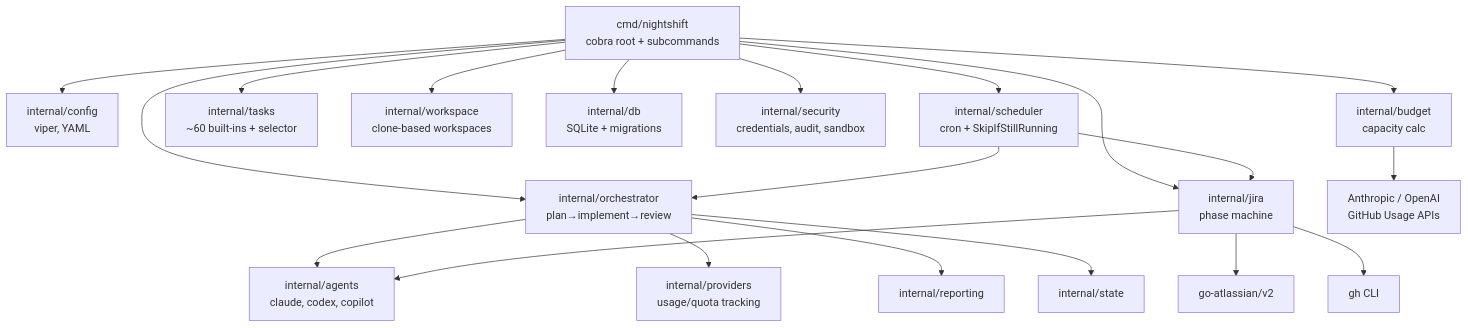
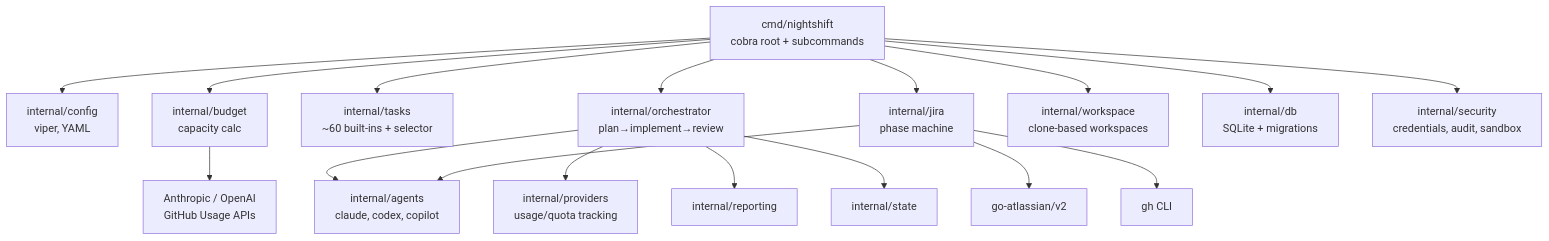
Before and after one commit to cedricfarinazzo/nightshift: the first of 5 diagrams in docs/dev/architecture.md, drawn with Mermaid. The commit also changed other lines of this file and 35 other files, not shown here.

````diff
--- a/docs/dev/architecture.md
+++ b/docs/dev/architecture.md
@@ -5,27 +5,24 @@
 ```mermaid
 graph TD
     CLI["cmd/nightshift<br/>cobra root + subcommands"]
 
     CLI --> Config["internal/config<br/>viper, YAML"]
     CLI --> Budget["internal/budget<br/>capacity calc"]
     CLI --> Tasks["internal/tasks<br/>~60 built-ins + selector"]
     CLI --> Orch["internal/orchestrator<br/>plan→implement→review"]
     CLI --> JiraOrch["internal/jira<br/>phase machine"]
     CLI --> WS["internal/workspace<br/>clone-based workspaces"]
     CLI --> DB["internal/db<br/>SQLite + migrations"]
     CLI --> Security["internal/security<br/>credentials, audit, sandbox"]
-    CLI --> Sched["internal/scheduler<br/>cron + SkipIfStillRunning"]
 
     Orch --> Agents["internal/agents<br/>claude, codex, copilot"]
     Orch --> Providers["internal/providers<br/>usage/quota tracking"]
     Orch --> Reporting["internal/reporting"]
     Orch --> State["internal/state"]
 
     JiraOrch --> Agents
     JiraOrch --> JiraAPI["go-atlassian/v2"]
     JiraOrch --> GH["gh CLI"]
 
     Budget --> UsageAPI["Anthropic / OpenAI<br/>GitHub Usage APIs"]
-    Sched --> Orch
-    Sched --> JiraOrch
 ```
````
